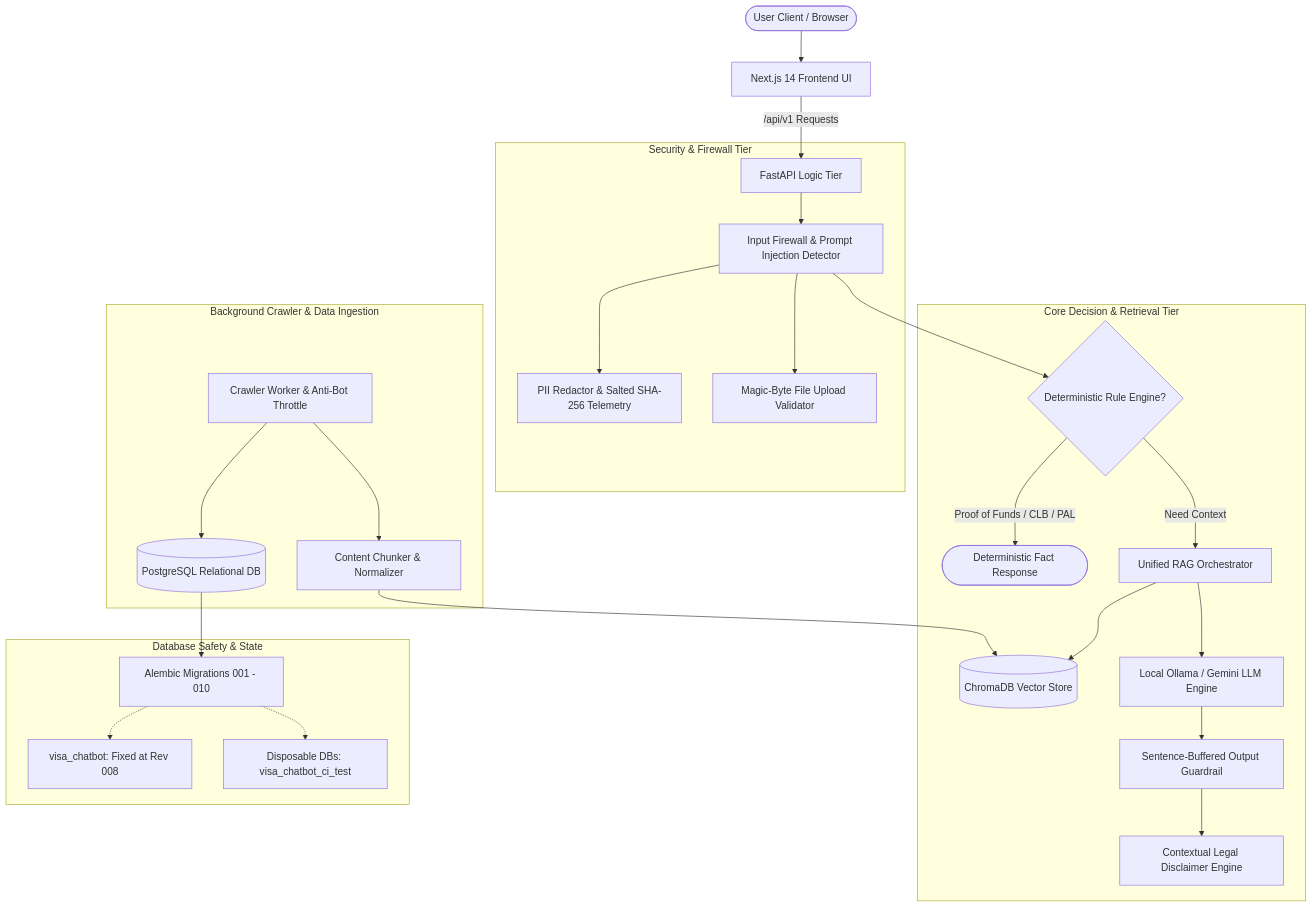
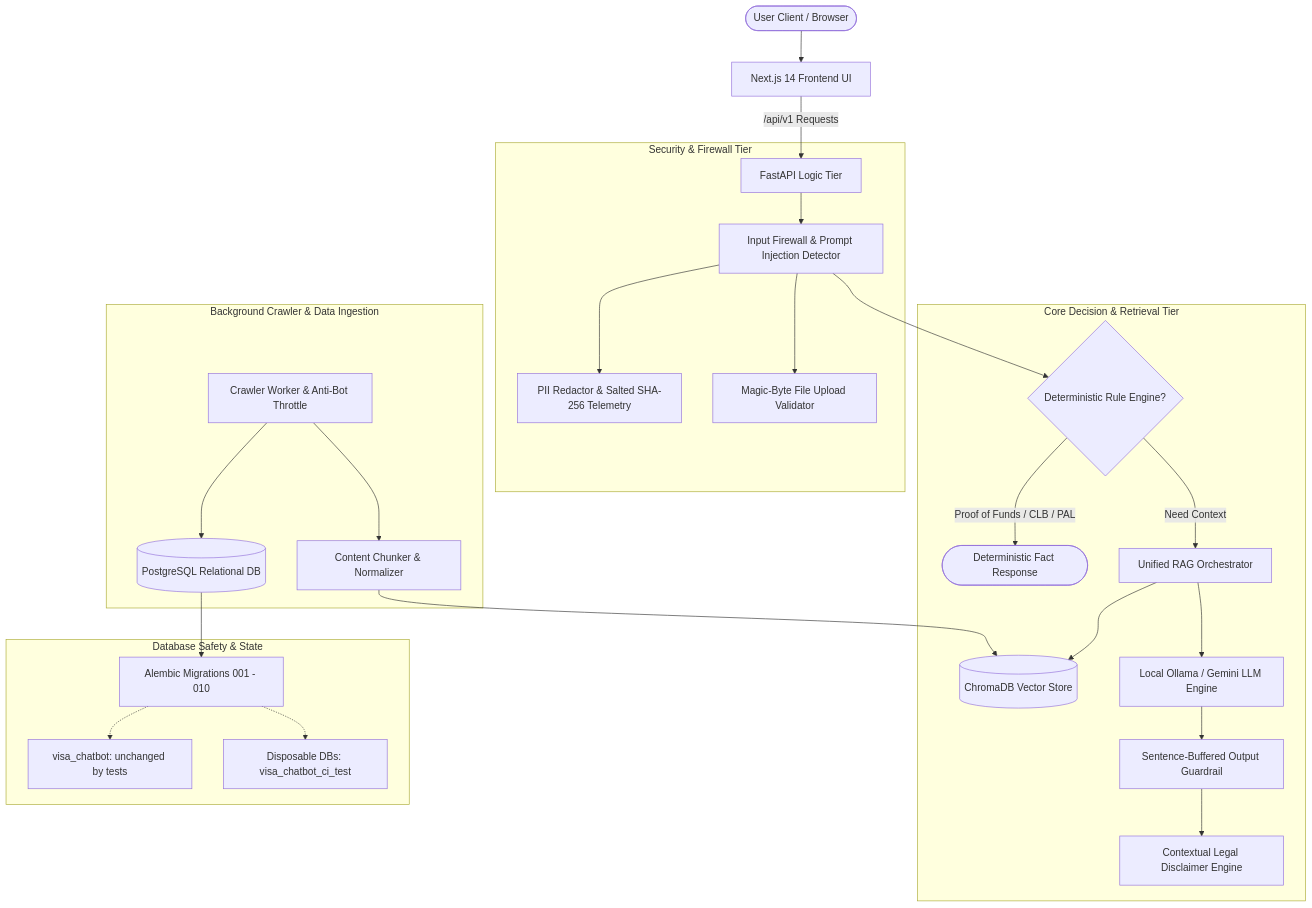
The diagram in PROJECT_STATUS.md (sukhmansaran/visa-rag-llm), drawn with Mermaid before and after one commit. The commit also changed other lines of this file and 5 other files, not shown here.

First line of the commit message:
fix: drop dev-DB rev-008 freeze; tests now assert the dev DB is unchanged

````diff
--- a/PROJECT_STATUS.md
+++ b/PROJECT_STATUS.md
@@ -26,33 +26,33 @@
 ```mermaid
 graph TD
     User([User Client / Browser]) --> FE[Next.js 14 Frontend UI]
     FE -->|/api/v1 Requests| API[FastAPI Logic Tier]
     
     subgraph Security & Firewall Tier
         API --> IF[Input Firewall & Prompt Injection Detector]
         IF --> PIIRedact[PII Redactor & Salted SHA-256 Telemetry]
         IF --> FileSec[Magic-Byte File Upload Validator]
     end
 
     subgraph Core Decision & Retrieval Tier
         IF --> RE{Deterministic Rule Engine?}
         RE -->|Proof of Funds / CLB / PAL| InstantRes([Deterministic Fact Response])
         RE -->|Need Context| UnifiedRAG[Unified RAG Orchestrator]
         UnifiedRAG --> Chroma[(ChromaDB Vector Store)]
         UnifiedRAG --> LLM[Local Ollama / Gemini LLM Engine]
         LLM --> OG[Sentence-Buffered Output Guardrail]
         OG --> Disclaimer[Contextual Legal Disclaimer Engine]
     end
 
     subgraph Background Crawler & Data Ingestion
         Crawler[Crawler Worker & Anti-Bot Throttle] --> Ingestion[Content Chunker & Normalizer]
         Ingestion --> Chroma
         Crawler --> PG[(PostgreSQL Relational DB)]
     end
 
     subgraph Database Safety & State
         PG --> Alembic[Alembic Migrations 001 - 010]
-        Alembic -.-> DevDB[visa_chatbot: Fixed at Rev 008]
+        Alembic -.-> DevDB[visa_chatbot: unchanged by tests]
         Alembic -.-> DispDB[Disposable DBs: visa_chatbot_ci_test]
     end
 ```
````
